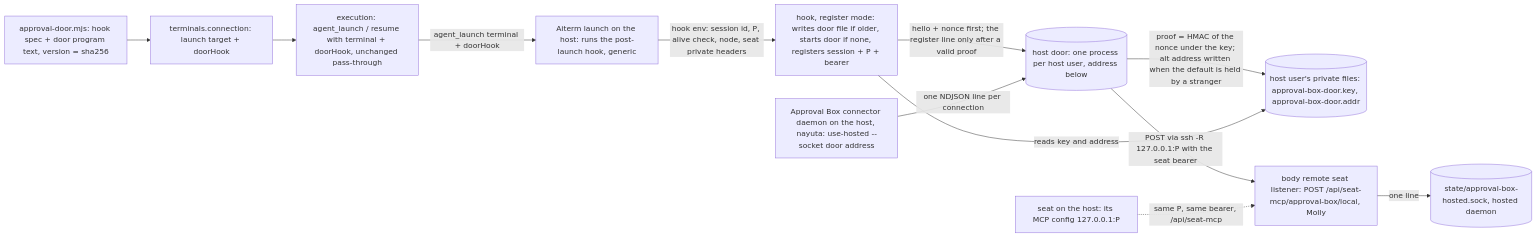
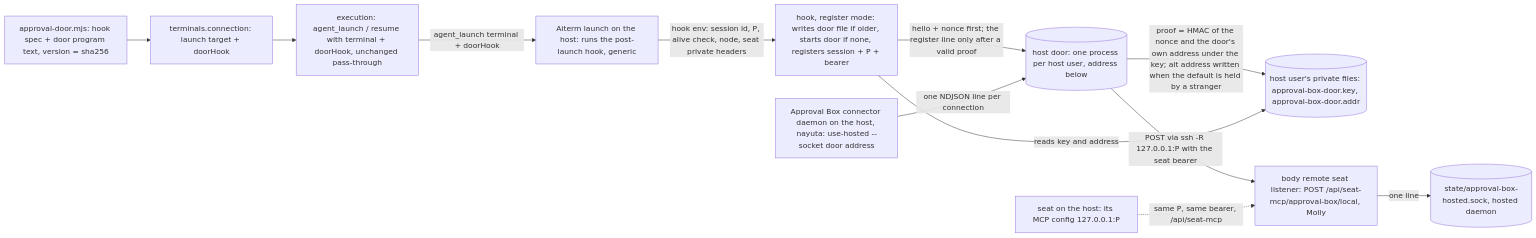
Before and after one commit to kitepon/BellTeam: diagram 11 of 13 in docs/architecture/modules/terminals/README.md, drawn with Mermaid. The commit also changed other lines of this file and 2 other files, not shown here.

Commit message:
a532b1: door proof is bound to the door's own address (relay by a stranger)
Epinel's residual on #2630: a local stranger can list the pipe namespace and relay the
hello to the real door on its fresh address, so with the private address file absent it
could pass a valid proof for the default name. The proof is now HMAC(key, nonce + address
the door listens on), and the hook checks it for the address it opened.

````diff
--- a/docs/architecture/modules/terminals/README.md
+++ b/docs/architecture/modules/terminals/README.md
@@ -527,25 +527,25 @@
 ```mermaid
 flowchart LR
   Conn[terminals.connection: launch target + doorHook]
   Hook[approval-door.mjs: hook spec + door program text, version = sha256]
   Exec[execution: agent_launch / resume with terminal + doorHook, unchanged pass-through]
   Aiterm[Aiterm launch on the host: runs the post-launch hook, generic]
   Reg[hook, register mode: writes door file if older, starts door if none, registers session + P + bearer]
   Door[(host door: one process per host user, address below)]
   Seat[seat on the host: its MCP config 127.0.0.1:P]
   Daemon[Approval Box connector daemon on the host, nayuta: use-hosted --socket door address]
   Priv[(host user's private files: approval-box-door.key, approval-box-door.addr)]
   Route[body remote seat listener: POST /api/seat-mcp/approval-box/local, Molly]
   Hosted[(state/approval-box-hosted.sock, hosted daemon)]
   Conn --> Exec
   Hook --> Conn
   Exec -->|agent_launch terminal + doorHook| Aiterm
   Aiterm -->|hook env: session id, P, alive check, node, seat private headers| Reg
   Reg -->|hello + nonce first; the register line only after a valid proof| Door
-  Door -->|proof = HMAC of the nonce under the key; alt address written when the default is held by a stranger| Priv
+  Door -->|proof = HMAC of the nonce and the door's own address under the key; alt address written when the default is held by a stranger| Priv
   Reg -->|reads key and address| Priv
   Daemon -->|one NDJSON line per connection| Door
   Door -->|POST via ssh -R 127.0.0.1:P with the seat bearer| Route
   Route -->|one line| Hosted
   Seat -.->|same P, same bearer, /api/seat-mcp| Route
 ```
````
